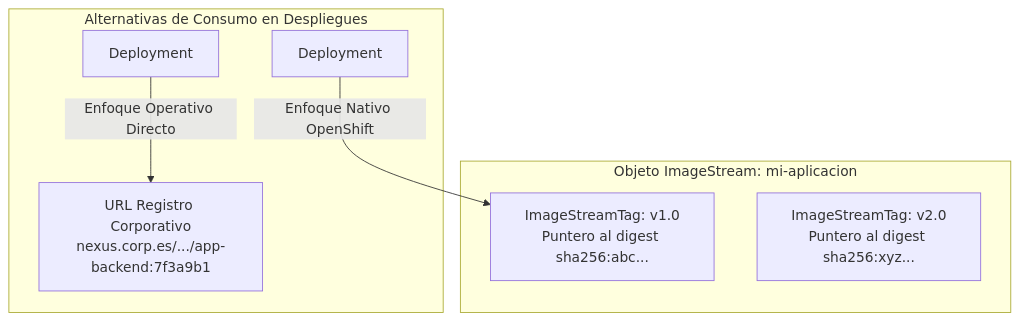
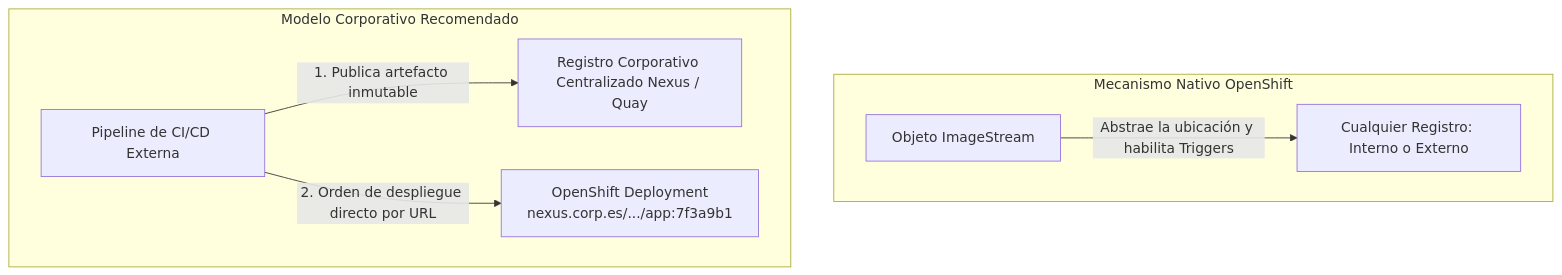
Before and after one commit to ieftraining/curso-openshift: the sixth of 7 diagrams in docs/sesion4/4.4 Registro, gestión y seguridad de imágenes.md, drawn with Mermaid. The commit also changed other lines of this file, not shown here.

````diff
--- a/docs/sesion4/4.4 Registro, gestión y seguridad de imágenes.md
+++ b/docs/sesion4/4.4 Registro, gestión y seguridad de imágenes.md
@@ -148,12 +148,11 @@
 ```mermaid
 flowchart TD
-    subgraph Objeto ImageStream: mi-aplicacion
-        IST1[ImageStreamTag: v1.0<br>Puntero al digest sha256:abc...]
-        IST2[ImageStreamTag: v2.0<br>Puntero al digest sha256:xyz...]
+    subgraph Mecanismo Nativo OpenShift
+        IS[Objeto ImageStream] -->|Abstrae la ubicación y habilita Triggers| R[Cualquier Registro: Interno o Externo]
     end
 
-    subgraph Alternativas de Consumo en Despliegues
-        D[Deployment] -->|Enfoque Nativo OpenShift| IST1
-        E[Deployment] -->|Enfoque Operativo Directo| R[URL Registro Corporativo<br>nexus.corp.es/.../app-backend:7f3a9b1]
+    subgraph Modelo Corporativo Recomendado
+        PIPE[Pipeline de CI/CD Externa] -->|1. Publica artefacto inmutable| NEXUS[Registro Corporativo Centralizado Nexus / Quay]
+        PIPE -->|2. Orden de despliegue directo por URL| DEP[OpenShift Deployment<br>nexus.corp.es/.../app:7f3a9b1]
     end
 ```
````
